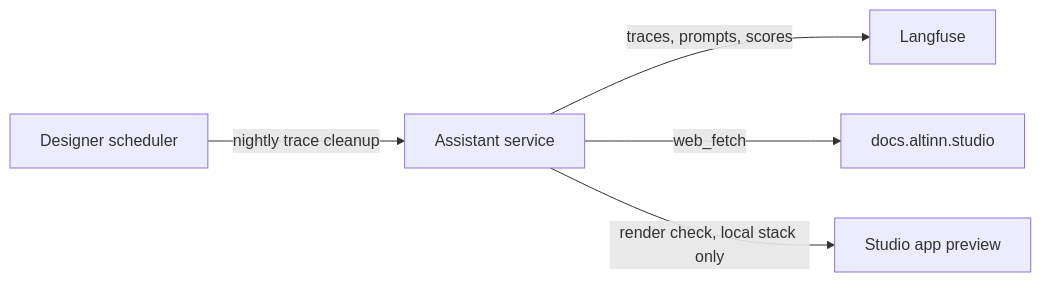
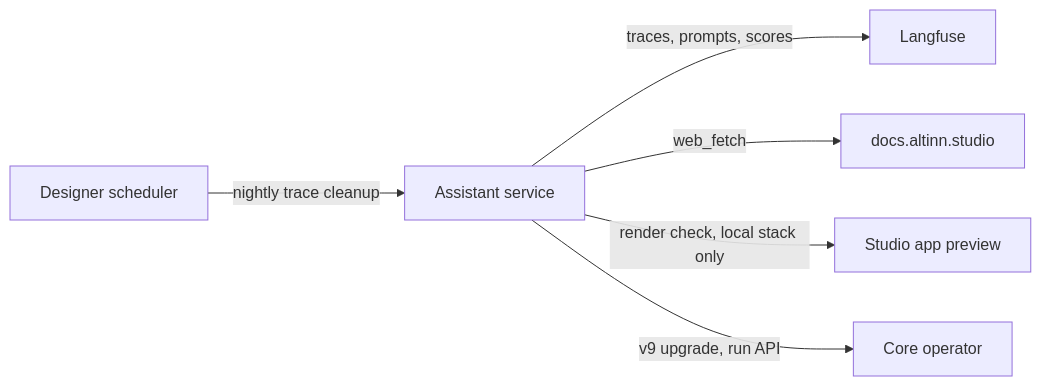
Before and after one commit to Altinn/altinn-studio: the second of 9 diagrams in src/AI/assistant/docs/2-system-context.md, drawn with Mermaid. The commit also changed other lines of this file and 25 other files, not shown here.

First line of the commit message:
feat(assistant): upgrade v8 apps to v9 through the core operator

````diff
--- a/src/AI/assistant/docs/2-system-context.md
+++ b/src/AI/assistant/docs/2-system-context.md
@@ -27,7 +27,8 @@
 ```mermaid
 flowchart LR
   A["Assistant service"] -->|traces, prompts, scores| F["Langfuse"]
   A -->|web_fetch| W["docs.altinn.studio"]
   A -->|render check, local stack only| P["Studio app preview"]
+  A -->|v9 upgrade, run API| O["Core operator"]
   Q["Designer scheduler"] -->|nightly trace cleanup| A
 ```
````
